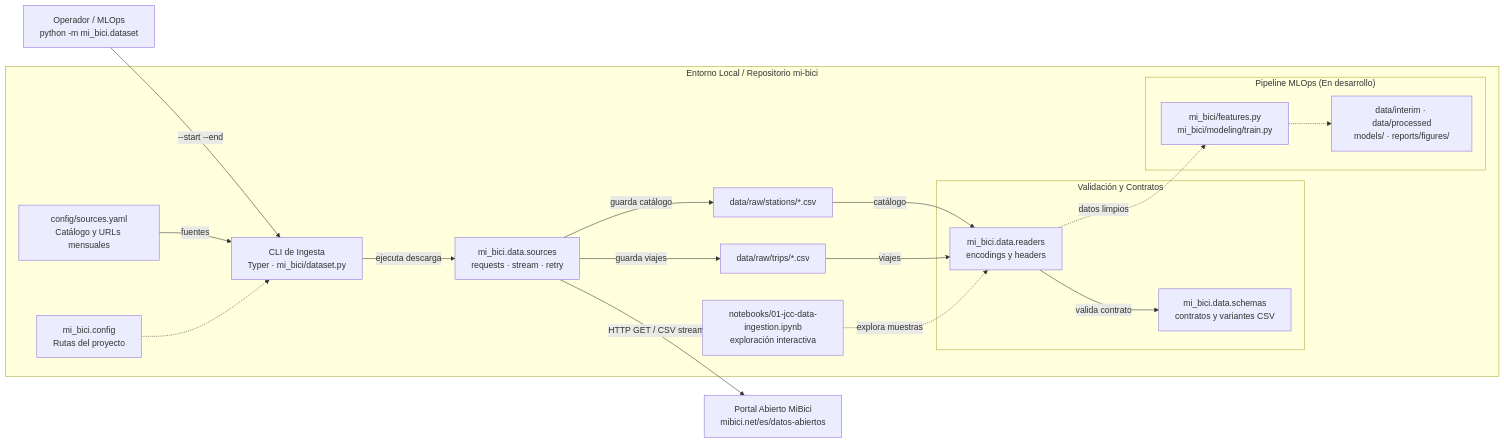
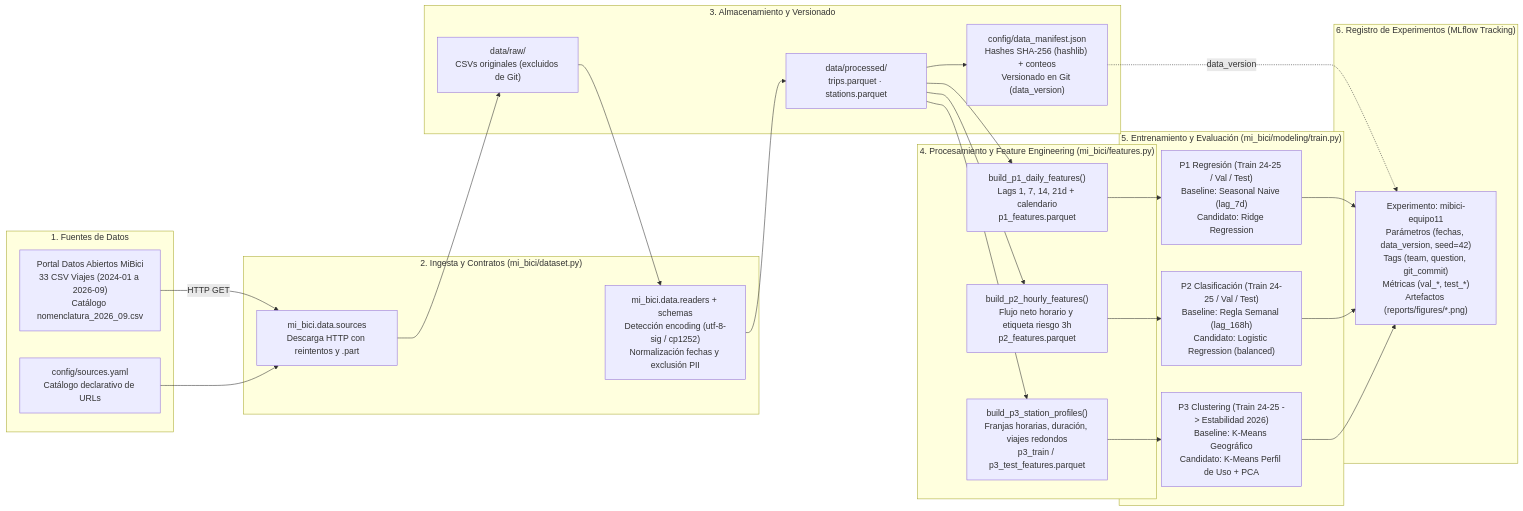
One commit to oscartrix/TC5061-Proyecto-Equipo11 changed the diagram in references/architecture/architecture.md. Above: the diagram before and after it, drawn with Mermaid. The commit also changed other lines of this file and 3 other files, not shown here.

````diff
--- a/references/architecture/architecture.md
+++ b/references/architecture/architecture.md
@@ -25,30 +11,47 @@
 ```mermaid
 flowchart LR
-    operator["Operador / MLOps<br/>python -m mi_bici.dataset"] -->|--start --end| cli["CLI de Ingesta<br/>Typer · mi_bici/dataset.py"]
-
-    subgraph repository["Entorno Local / Repositorio mi-bici"]
-        config["config/sources.yaml<br/>Catálogo y URLs mensuales"] -->|fuentes| cli
-        paths["mi_bici.config<br/>Rutas del proyecto"] -.-> cli
-        
-        cli -->|ejecuta descarga| sources["mi_bici.data.sources<br/>requests · stream · retry"]
-        
-        sources -->|guarda catálogo| raw_stations["data/raw/stations/*.csv"]
-        sources -->|guarda viajes| raw_trips["data/raw/trips/*.csv"]
-        
-        raw_stations -->|catálogo| readers["mi_bici.data.readers<br/>encodings y headers"]
-        raw_trips -->|viajes| readers
-        
-        subgraph contracts_boundary["Validación y Contratos"]
-            readers -->|valida contrato| schemas["mi_bici.data.schemas<br/>contratos y variantes CSV"]
-        end
-        
-        notebook["notebooks/01-jcc-data-ingestion.ipynb<br/>exploración interactiva"] -.->|explora muestras| readers
-        
-        subgraph scaffold["Pipeline MLOps (En desarrollo)"]
-            readers -.->|datos limpios| downstream["mi_bici/features.py<br/>mi_bici/modeling/train.py"]
-            downstream -.-> targets["data/interim · data/processed<br/>models/ · reports/figures/"]
-        end
+    subgraph fuentes["1. Fuentes de Datos"]
+        portal["Portal Datos Abiertos MiBici<br/>33 CSV Viajes (2024-01 a 2026-09)<br/>Catálogo nomenclatura_2026_09.csv"]
+        yaml["config/sources.yaml<br/>Catálogo declarativo de URLs"]
     end
 
-    sources -->|HTTP GET / CSV stream| mibici["Portal Abierto MiBici<br/>mibici.net/es/datos-abiertos"]
+    subgraph ingesta["2. Ingesta y Contratos (mi_bici/dataset.py)"]
+        src["mi_bici.data.sources<br/>Descarga HTTP con reintentos y .part"]
+        read["mi_bici.data.readers + schemas<br/>Detección encoding (utf-8-sig / cp1252)<br/>Normalización fechas y exclusión PII"]
+    end
+
+    subgraph storage["3. Almacenamiento y Versionado"]
+        raw["data/raw/<br/>CSVs originales (excluidos de Git)"]
+        parquet["data/processed/<br/>trips.parquet · stations.parquet"]
+        manifest["config/data_manifest.json<br/>Hashes SHA-256 (hashlib) + conteos<br/>Versionado en Git (data_version)"]
+    end
+
+    subgraph feat["4. Procesamiento y Feature Engineering (mi_bici/features.py)"]
+        fp1["build_p1_daily_features()<br/>Lags 1, 7, 14, 21d + calendario<br/>p1_features.parquet"]
+        fp2["build_p2_hourly_features()<br/>Flujo neto horario y etiqueta riesgo 3h<br/>p2_features.parquet"]
+        fp3["build_p3_station_profiles()<br/>Franjas horarias, duración, viajes redondos<br/>p3_train / p3_test_features.parquet"]
+    end
+
+    subgraph train["5. Entrenamiento y Evaluación (mi_bici/modeling/train.py)"]
+        mp1["P1 Regresión (Train 24-25 / Val / Test)<br/>Baseline: Seasonal Naive (lag_7d)<br/>Candidato: Ridge Regression"]
+        mp2["P2 Clasificación (Train 24-25 / Val / Test)<br/>Baseline: Regla Semanal (lag_168h)<br/>Candidato: Logistic Regression (balanced)"]
+        mp3["P3 Clustering (Train 24-25 -> Estabilidad 2026)<br/>Baseline: K-Means Geográfico<br/>Candidato: K-Means Perfil de Uso + PCA"]
+    end
+
+    subgraph tracking["6. Registro de Experimentos (MLflow Tracking)"]
+        mlf["Experimento: mibici-equipo11<br/>Parámetros (fechas, data_version, seed=42)<br/>Tags (team, question, git_commit)<br/>Métricas (val_*, test_*)<br/>Artefactos (reports/figures/*.png)"]
+    end
+
+    portal -->|HTTP GET| src
+    yaml --> src
+    src --> raw
+    raw --> read
+    read --> parquet
+    parquet --> manifest
+    parquet --> fp1 & fp2 & fp3
+    fp1 --> mp1
+    fp2 --> mp2
+    fp3 --> mp3
+    manifest -.->|data_version| mlf
+    mp1 & mp2 & mp3 --> mlf
 ```
````
